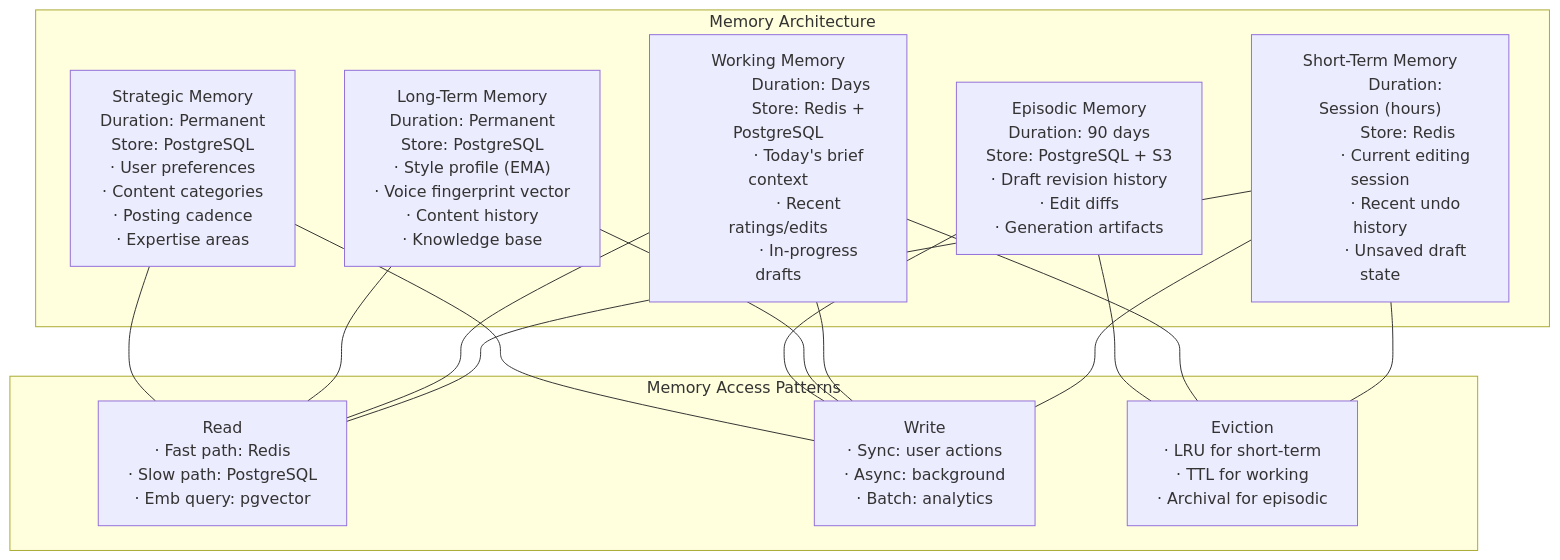
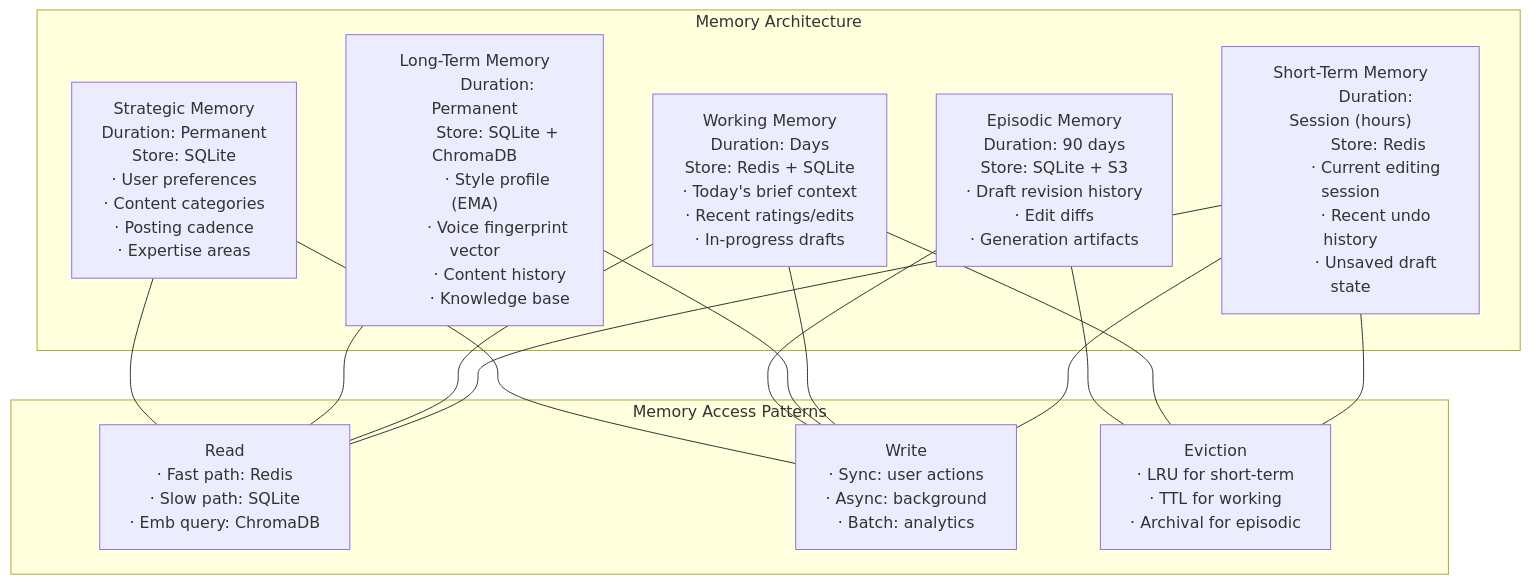
One commit to Blacksujit/AI-Brand-OS changed diagram 11 of 24 in docs/02_SYSTEM_ARCHITECTURE.md. Above: the diagram before and after it, drawn with Mermaid. The commit also changed other lines of this file and 18 other files, not shown here.

````diff
--- a/docs/02_SYSTEM_ARCHITECTURE.md
+++ b/docs/02_SYSTEM_ARCHITECTURE.md
@@ -915,69 +922,69 @@
 ```mermaid
 flowchart TB
   subgraph MEMORY_TYPES["Memory Architecture"]
     SHORT["Short-Term Memory
            Duration: Session (hours)
            Store: Redis
            · Current editing session
            · Recent undo history
            · Unsaved draft state"]
 
     WORKING["Working Memory
              Duration: Days
-             Store: Redis + PostgreSQL
+             Store: Redis + SQLite
              · Today's brief context
              · Recent ratings/edits
              · In-progress drafts"]
 
     LONG["Long-Term Memory
           Duration: Permanent
-          Store: PostgreSQL
+          Store: SQLite + ChromaDB
           · Style profile (EMA)
           · Voice fingerprint vector
           · Content history
           · Knowledge base"]
 
     EPISODIC["Episodic Memory
               Duration: 90 days
-              Store: PostgreSQL + S3
+              Store: SQLite + S3
               · Draft revision history
               · Edit diffs
               · Generation artifacts"]
 
     STRATEGIC["Strategic Memory
                Duration: Permanent
-               Store: PostgreSQL
+               Store: SQLite
                · User preferences
                · Content categories
                · Posting cadence
                · Expertise areas"]
   end
 
   subgraph ACCESS["Memory Access Patterns"]
     READ["Read
           · Fast path: Redis
-          · Slow path: PostgreSQL
-          · Emb query: pgvector"]
+          · Slow path: SQLite
+          · Emb query: ChromaDB"]
     WRITE["Write
            · Sync: user actions
            · Async: background
            · Batch: analytics"]
     EVICT["Eviction
            · LRU for short-term
            · TTL for working
            · Archival for episodic"]
   end
 
   SHORT --- READ
   SHORT --- WRITE
   SHORT --- EVICT
   WORKING --- READ
   WORKING --- WRITE
   WORKING --- EVICT
   LONG --- READ
   LONG --- WRITE
   EPISODIC --- WRITE
   EPISODIC --- EVICT
   STRATEGIC --- READ
   STRATEGIC --- WRITE
 ```
````
